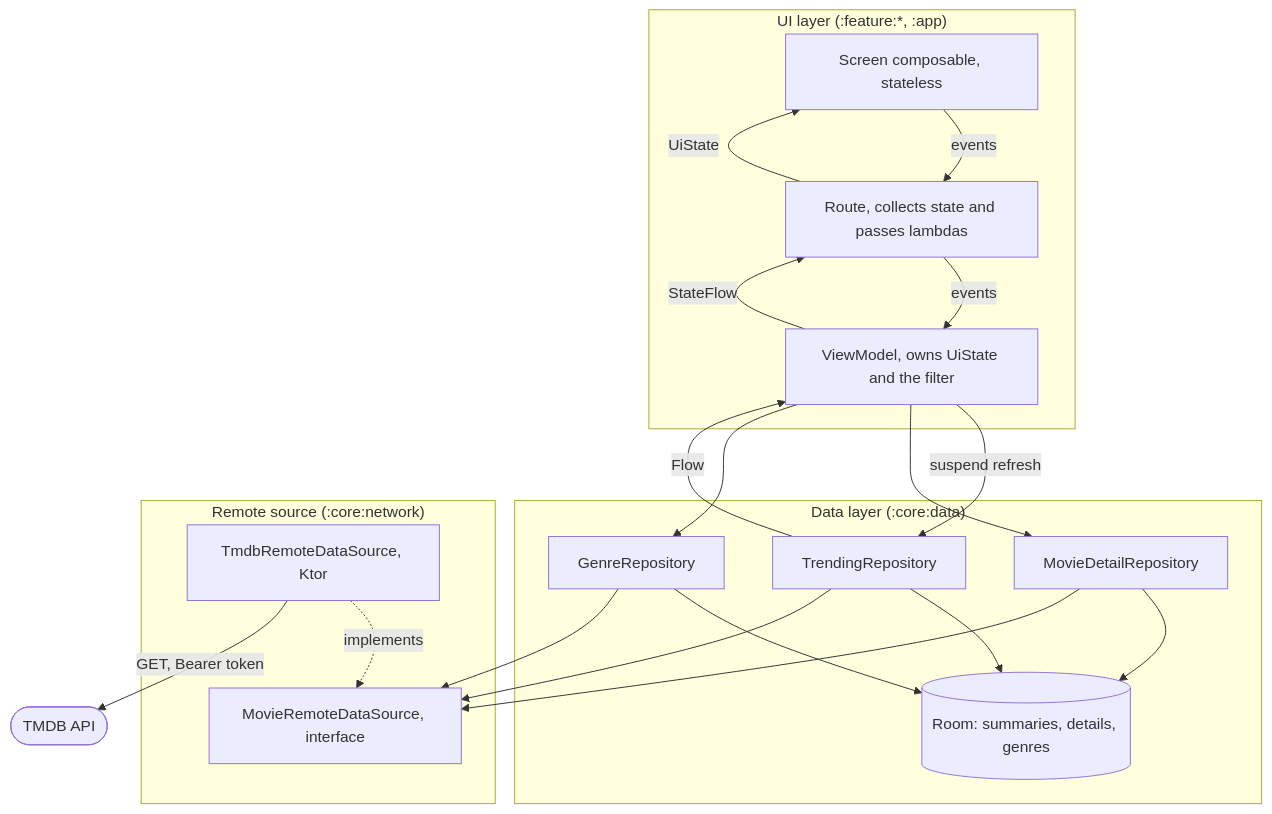
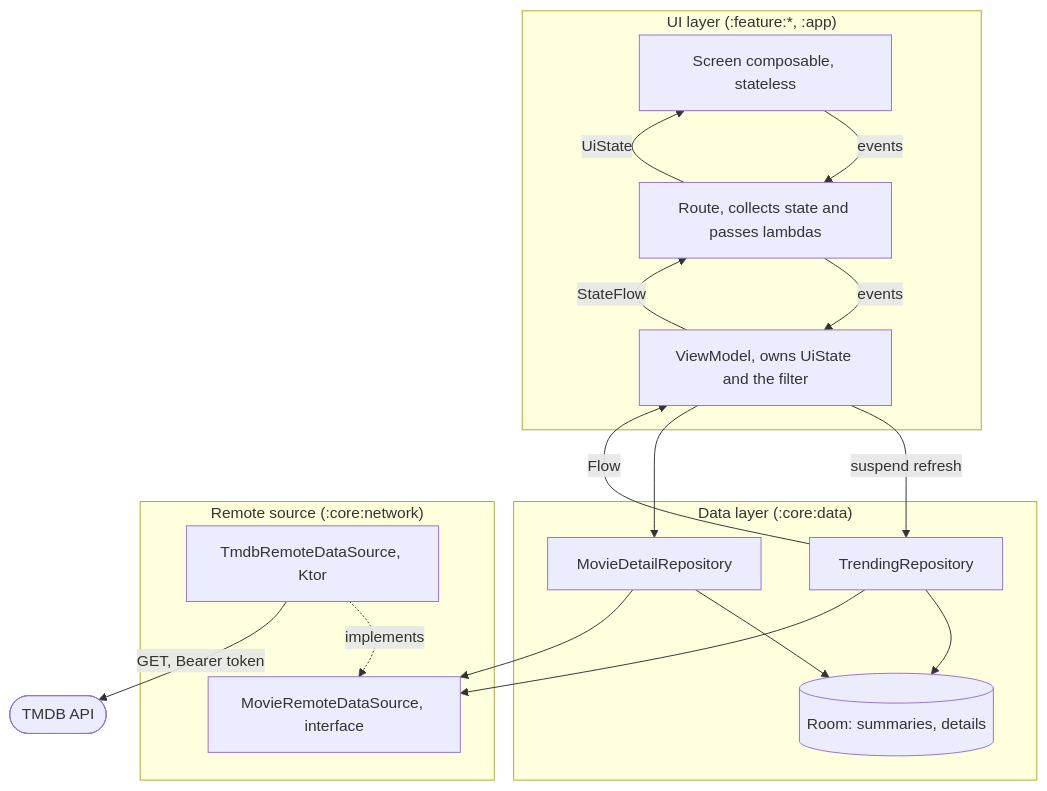
Before and after one commit to shayanhimself/AMRO: the second of 3 diagrams in docs/architecture.md, drawn with Mermaid. The commit also changed other lines of this file and 61 other files, not shown here.

````diff
--- a/docs/architecture.md
+++ b/docs/architecture.md
@@ -85,41 +85,37 @@
 ```mermaid
 graph TD
     subgraph UILAYER["UI layer (:feature:*, :app)"]
         Screen["Screen composable, stateless"]
         Route["Route, collects state and passes lambdas"]
         VM["ViewModel, owns UiState and the filter"]
     end
 
     subgraph DATALAYER["Data layer (:core:data)"]
         TrendingRepo["TrendingRepository"]
         DetailRepo["MovieDetailRepository"]
-        GenreRepo["GenreRepository"]
-        Room[("Room: summaries, details, genres")]
+        Room[("Room: summaries, details")]
     end
 
     subgraph SOURCE["Remote source (:core:network)"]
         Contract["MovieRemoteDataSource, interface"]
         Tmdb["TmdbRemoteDataSource, Ktor"]
     end
 
     API(["TMDB API"])
 
     Screen -->|events| Route
     Route -->|events| VM
     Route -->|UiState| Screen
     VM -->|StateFlow| Route
 
     VM -->|"suspend refresh"| TrendingRepo
     TrendingRepo -->|Flow| VM
     VM --> DetailRepo
-    VM --> GenreRepo
 
     TrendingRepo --> Room
     TrendingRepo --> Contract
     DetailRepo --> Room
     DetailRepo --> Contract
-    GenreRepo --> Room
-    GenreRepo --> Contract
     Tmdb -.->|implements| Contract
     Tmdb -->|"GET, Bearer token"| API
 ```
````
